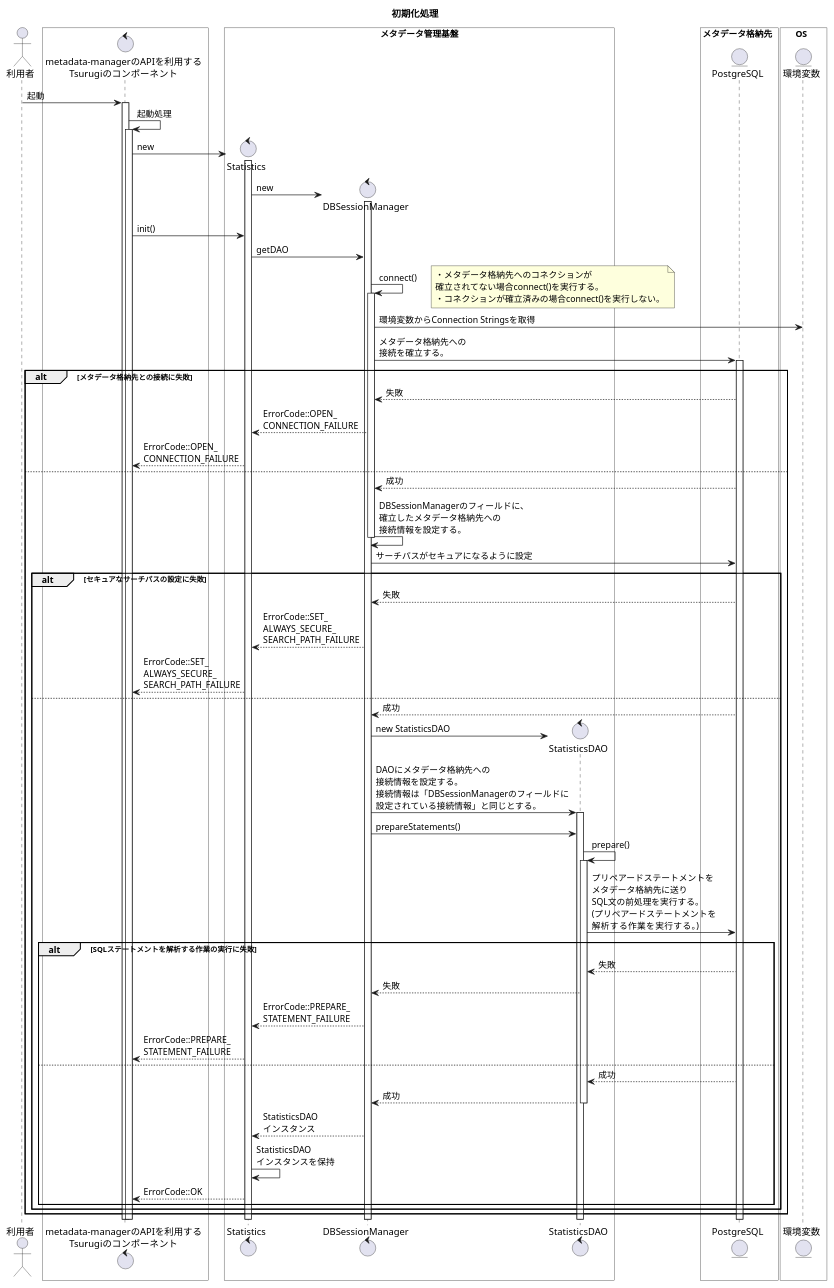
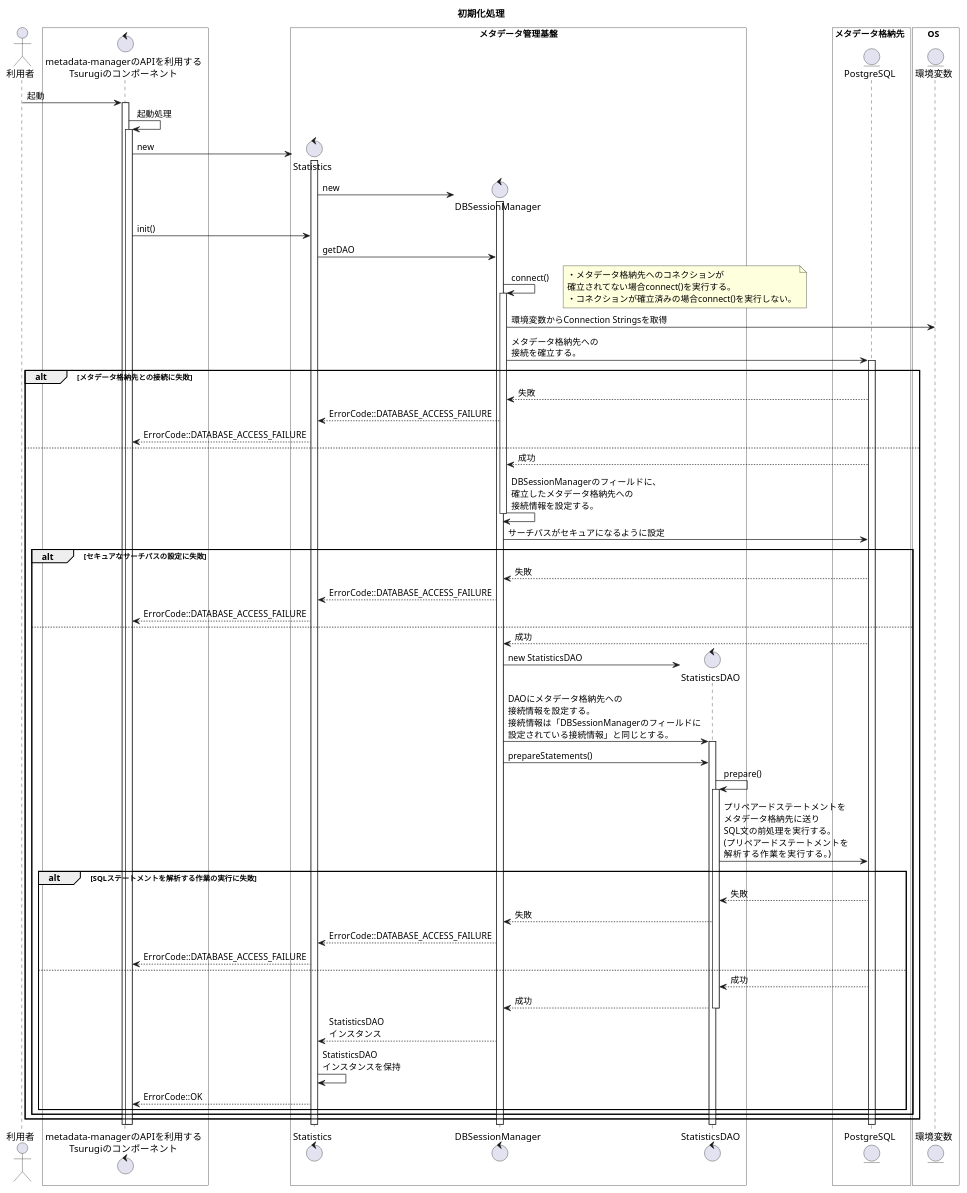
The first of 12 diagrams in metadata-manager/docs/statistic/02.FD/uml/SequenceDiagram_detail.pu (project-tsurugi/metadata-manager), drawn with PlantUML before and after one commit. The commit also changed other lines of this file and 7 other files, not shown here.

Commit message:
Fix ErrorCode

```diff
--- a/metadata-manager/docs/statistic/02.FD/uml/SequenceDiagram_detail.pu
+++ b/metadata-manager/docs/statistic/02.FD/uml/SequenceDiagram_detail.pu
@@ -1,82 +1,82 @@
 @startuml
 title 初期化処理
 
 actor 利用者 as user
 box #White
 control "metadata-managerのAPIを利用する\nTsurugiのコンポーネント" as ogawayama
 end box
 box "メタデータ管理基盤" #White
 control "Statistics" as Statistics
 control "DBSessionManager" as DBSessionManager
 control "StatisticsDAO" as StatisticsDAO
 end box
 box メタデータ格納先  #White
 entity "PostgreSQL" as metadata_storage
 end box
 box OS  #White
 entity "環境変数" as env_variable
 end box
 
 user -> ogawayama : 起動
 activate ogawayama
 ogawayama -> ogawayama : 起動処理
 activate ogawayama
 create Statistics
 ogawayama -> Statistics : new
 activate Statistics
 create DBSessionManager
 Statistics -> DBSessionManager : new
 activate DBSessionManager
 ogawayama -> Statistics : init()
 Statistics -> DBSessionManager : getDAO
 DBSessionManager -> DBSessionManager : connect()
 note right
 ・メタデータ格納先へのコネクションが
 確立されてない場合connect()を実行する。
 ・コネクションが確立済みの場合connect()を実行しない。
 end note
 activate DBSessionManager
 DBSessionManager -> env_variable : 環境変数からConnection Stringsを取得
 DBSessionManager -> metadata_storage : メタデータ格納先への\n接続を確立する。
 activate metadata_storage
 alt メタデータ格納先との接続に失敗
 DBSessionManager <-- metadata_storage : 失敗
-Statistics <-- DBSessionManager : ErrorCode::OPEN_\nCONNECTION_FAILURE
-ogawayama <-- Statistics : ErrorCode::OPEN_\nCONNECTION_FAILURE
+Statistics <-- DBSessionManager : ErrorCode::DATABASE_ACCESS_FAILURE
+ogawayama <-- Statistics : ErrorCode::DATABASE_ACCESS_FAILURE
 else
 DBSessionManager <-- metadata_storage : 成功
 DBSessionManager -> DBSessionManager : DBSessionManagerのフィールドに、\n確立したメタデータ格納先への\n接続情報を設定する。
 deactivate DBSessionManager
 DBSessionManager -> metadata_storage : サーチパスがセキュアになるように設定
 alt セキュアなサーチパスの設定に失敗
 DBSessionManager <-- metadata_storage : 失敗
-Statistics <-- DBSessionManager : ErrorCode::SET_\nALWAYS_SECURE_\nSEARCH_PATH_FAILURE
-ogawayama <-- Statistics : ErrorCode::SET_\nALWAYS_SECURE_\nSEARCH_PATH_FAILURE
+Statistics <-- DBSessionManager : ErrorCode::DATABASE_ACCESS_FAILURE
+ogawayama <-- Statistics : ErrorCode::DATABASE_ACCESS_FAILURE
 else
 DBSessionManager <-- metadata_storage : 成功
 create StatisticsDAO
 DBSessionManager -> StatisticsDAO : new StatisticsDAO
 DBSessionManager -> StatisticsDAO : DAOにメタデータ格納先への\n接続情報を設定する。\n接続情報は「DBSessionManagerのフィールドに\n設定されている接続情報」と同じとする。
 activate StatisticsDAO
 DBSessionManager -> StatisticsDAO : prepareStatements()
 StatisticsDAO -> StatisticsDAO : prepare()
 activate StatisticsDAO
 StatisticsDAO -> metadata_storage : プリペアードステートメントを\nメタデータ格納先に送り\nSQL文の前処理を実行する。\n(プリペアードステートメントを\n解析する作業を実行する。)
 
 alt SQLステートメントを解析する作業の実行に失敗
 StatisticsDAO <-- metadata_storage :失敗
 DBSessionManager <-- StatisticsDAO : 失敗
-Statistics <-- DBSessionManager : ErrorCode::PREPARE_\nSTATEMENT_FAILURE
-ogawayama <-- Statistics : ErrorCode::PREPARE_\nSTATEMENT_FAILURE
+Statistics <-- DBSessionManager : ErrorCode::DATABASE_ACCESS_FAILURE
+ogawayama <-- Statistics : ErrorCode::DATABASE_ACCESS_FAILURE
 else
 StatisticsDAO <-- metadata_storage : 成功
 DBSessionManager <-- StatisticsDAO : 成功
 deactivate StatisticsDAO
 Statistics <-- DBSessionManager : StatisticsDAO\nインスタンス
 Statistics -> Statistics : StatisticsDAO\nインスタンスを保持
 ogawayama <-- Statistics : ErrorCode::OK
 end
 end
 end
 
 @enduml
```
